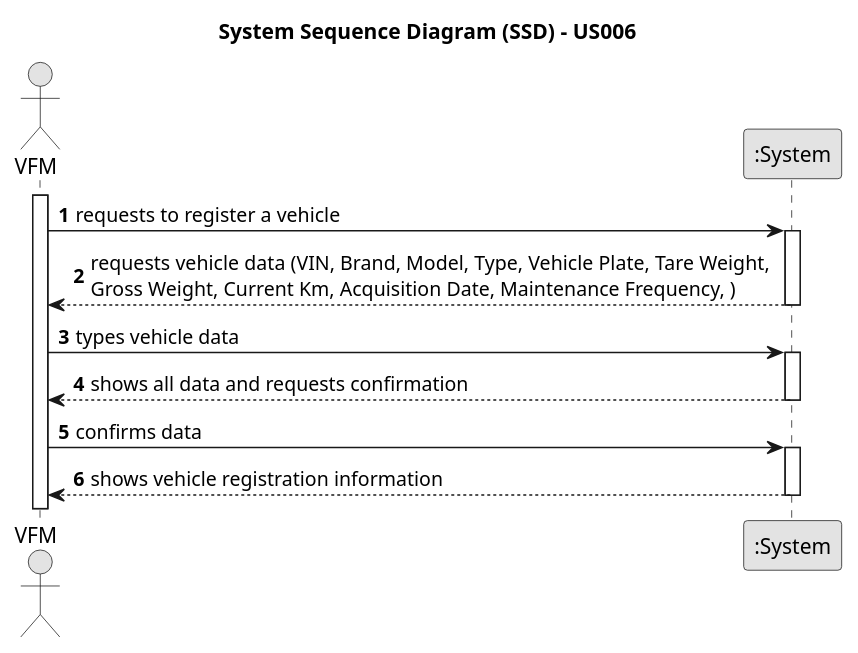
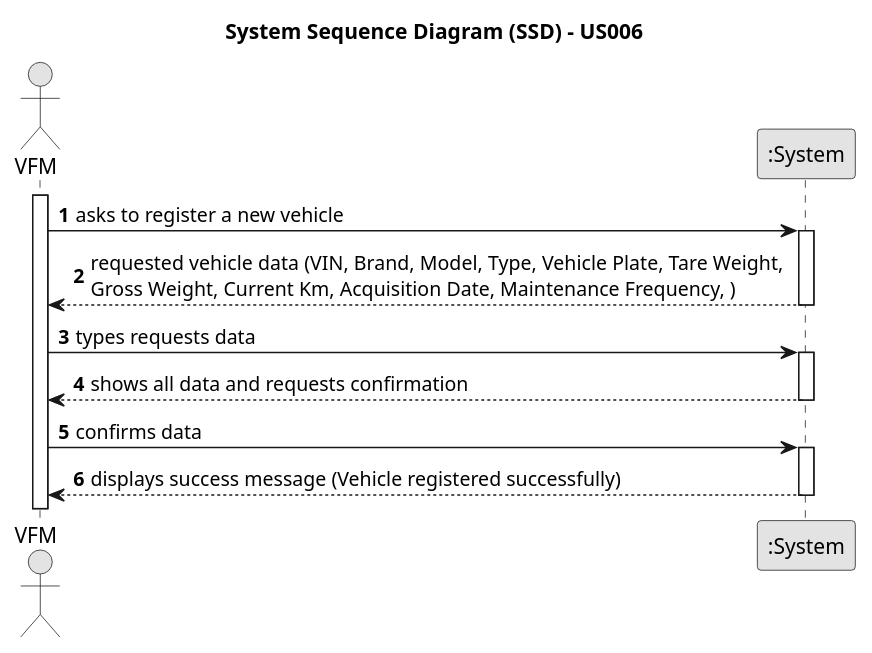
One commit to ricardomm7/leaflink changed the diagram in docs/sprintB/us006/01.requirements-engineering/puml/us006-system-sequence-diagram-alternative-one.puml. Above: the diagram before and after it, drawn with PlantUML. The commit also changed 30 other files, not shown here.

```diff
--- a/docs/sprintB/us006/01.requirements-engineering/puml/us006-system-sequence-diagram-alternative-one.puml
+++ b/docs/sprintB/us006/01.requirements-engineering/puml/us006-system-sequence-diagram-alternative-one.puml
@@ -1,34 +1,34 @@
 @startuml
 skinparam monochrome true
 skinparam packageStyle rectangle
 skinparam shadowing false
 
 title System Sequence Diagram (SSD) - US006
 
 autonumber
 
 actor "VFM" as VFM
 participant ":System" as System
 
 activate VFM
 
-    VFM -> System : requests to register a vehicle
+    VFM -> System : asks to register a new vehicle
     activate System
 
-        System --> VFM : requests vehicle data (VIN, Brand, Model, Type, Vehicle Plate, Tare Weight, \nGross Weight, Current Km, Acquisition Date, Maintenance Frequency, )
+        System --> VFM : requested vehicle data (VIN, Brand, Model, Type, Vehicle Plate, Tare Weight, \nGross Weight, Current Km, Acquisition Date, Maintenance Frequency, )
     deactivate System
 
-    VFM -> System : types vehicle data
+    VFM -> System : types requests data
 
     activate System
 
         System --> VFM : shows all data and requests confirmation
     deactivate System
 
     VFM -> System : confirms data
     activate System
 
-        System --> VFM :  shows vehicle registration information
+        System --> VFM :  displays success message (Vehicle registered successfully)
     deactivate System
 
 @enduml
```
